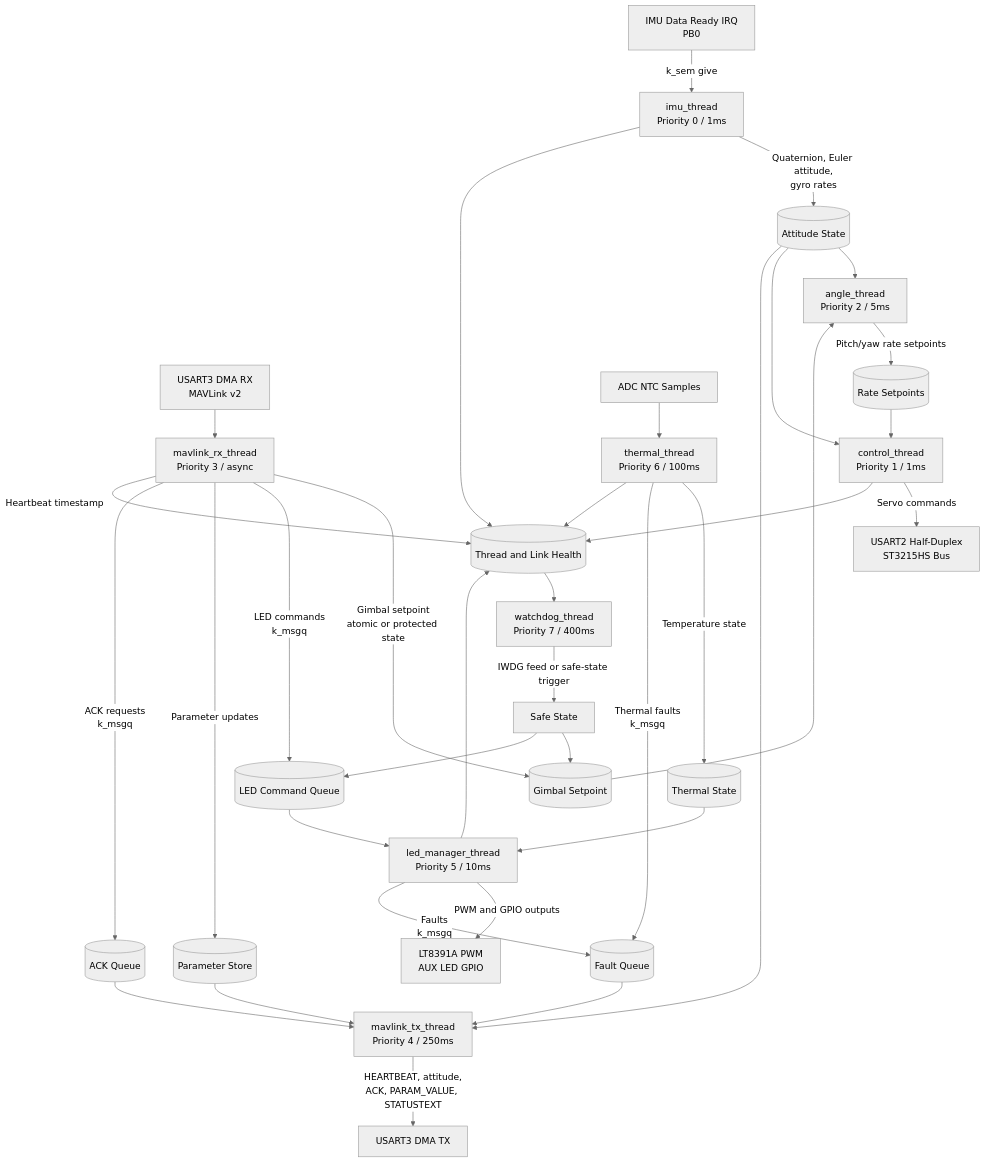
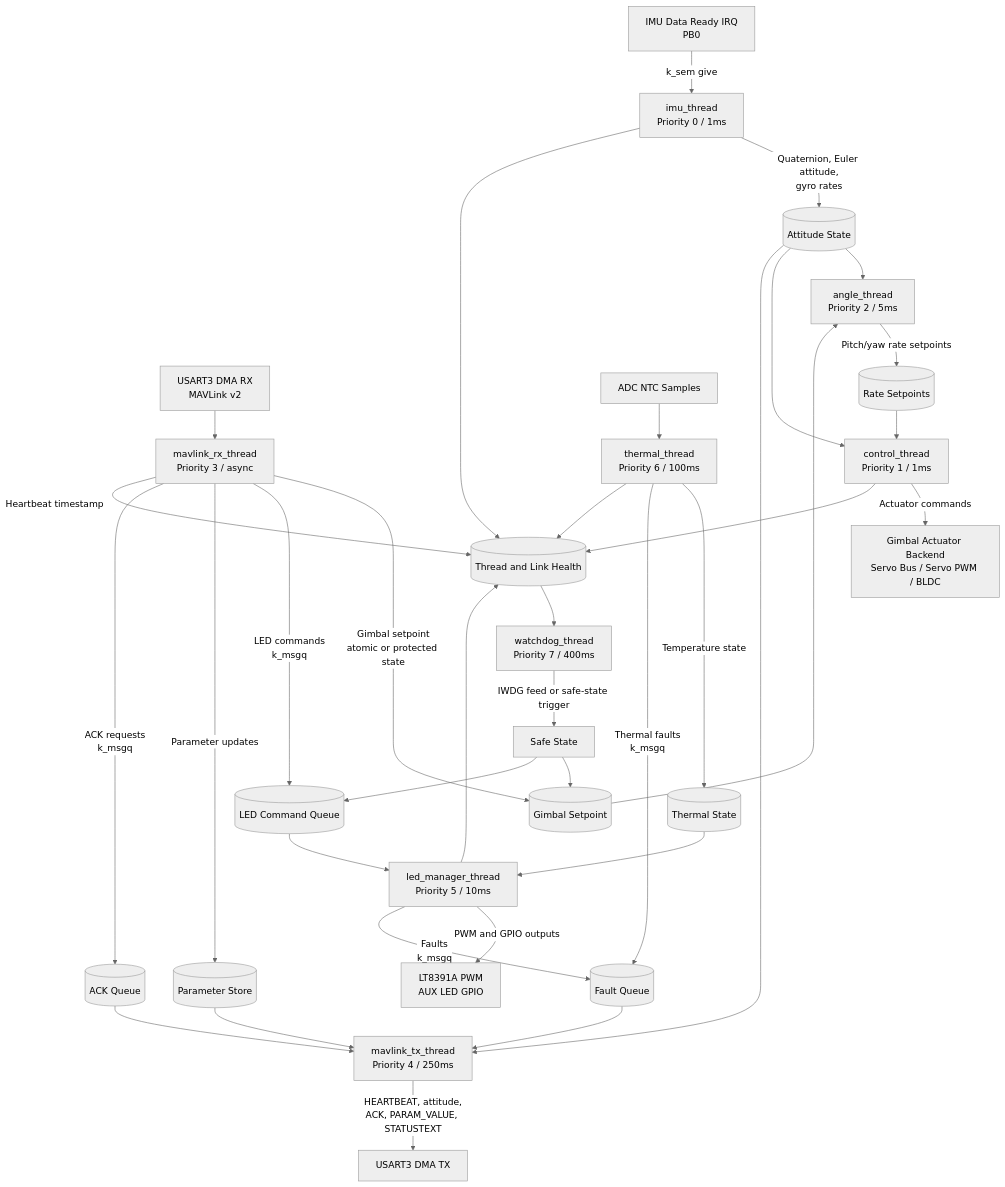
Before and after one commit to thule2510ddt/sgl200-workspace: the diagram in architecture/thread-data-flow.md, drawn with Mermaid (neutral theme). The commit also changed 21 other files, not shown here.

Commit message:
Add gimbal actuator product variants

````diff
--- a/architecture/thread-data-flow.md
+++ b/architecture/thread-data-flow.md
@@ -5,44 +5,44 @@
 ```mermaid
 flowchart TD
     IMU_IRQ[IMU Data Ready IRQ<br/>PB0] -->|k_sem give| IMU_THREAD[imu_thread<br/>Priority 0 / 1ms]
     IMU_THREAD -->|Quaternion, Euler attitude,<br/>gyro rates| ATTITUDE[(Attitude State)]
 
     MAV_UART[USART3 DMA RX<br/>MAVLink v2] --> MAV_RX[mavlink_rx_thread<br/>Priority 3 / async]
     MAV_RX -->|Gimbal setpoint<br/>atomic or protected state| SETPOINT[(Gimbal Setpoint)]
     MAV_RX -->|LED commands<br/>k_msgq| LED_CMD[(LED Command Queue)]
     MAV_RX -->|Parameter updates| PARAMS[(Parameter Store)]
     MAV_RX -->|ACK requests<br/>k_msgq| ACK_Q[(ACK Queue)]
 
     ATTITUDE --> ANGLE[angle_thread<br/>Priority 2 / 5ms]
     SETPOINT --> ANGLE
     ANGLE -->|Pitch/yaw rate setpoints| RATE_SP[(Rate Setpoints)]
 
     RATE_SP --> CONTROL[control_thread<br/>Priority 1 / 1ms]
     ATTITUDE --> CONTROL
-    CONTROL -->|Servo commands| SERVO_BUS[USART2 Half-Duplex<br/>ST3215HS Bus]
+    CONTROL -->|Actuator commands| ACTUATOR[Gimbal Actuator Backend<br/>Servo Bus / Servo PWM / BLDC]
 
     ADC[ADC NTC Samples] --> THERMAL[thermal_thread<br/>Priority 6 / 100ms]
     THERMAL -->|Temperature state| THERMAL_STATE[(Thermal State)]
     THERMAL -->|Thermal faults<br/>k_msgq| FAULT_Q[(Fault Queue)]
 
     LED_CMD --> LED_MANAGER[led_manager_thread<br/>Priority 5 / 10ms]
     THERMAL_STATE --> LED_MANAGER
     LED_MANAGER -->|PWM and GPIO outputs| LED_HW[LT8391A PWM<br/>AUX LED GPIO]
     LED_MANAGER -->|Faults<br/>k_msgq| FAULT_Q
 
     ATTITUDE --> MAV_TX[mavlink_tx_thread<br/>Priority 4 / 250ms]
     ACK_Q --> MAV_TX
     FAULT_Q --> MAV_TX
     PARAMS --> MAV_TX
     MAV_TX -->|HEARTBEAT, attitude,<br/>ACK, PARAM_VALUE, STATUSTEXT| MAV_OUT[USART3 DMA TX]
 
     MAV_RX -->|Heartbeat timestamp| HEALTH[(Thread and Link Health)]
     IMU_THREAD --> HEALTH
     CONTROL --> HEALTH
     LED_MANAGER --> HEALTH
     THERMAL --> HEALTH
     HEALTH --> WATCHDOG[watchdog_thread<br/>Priority 7 / 400ms]
     WATCHDOG -->|IWDG feed or safe-state trigger| SAFETY[Safe State]
     SAFETY --> SETPOINT
     SAFETY --> LED_CMD
 ```
````
